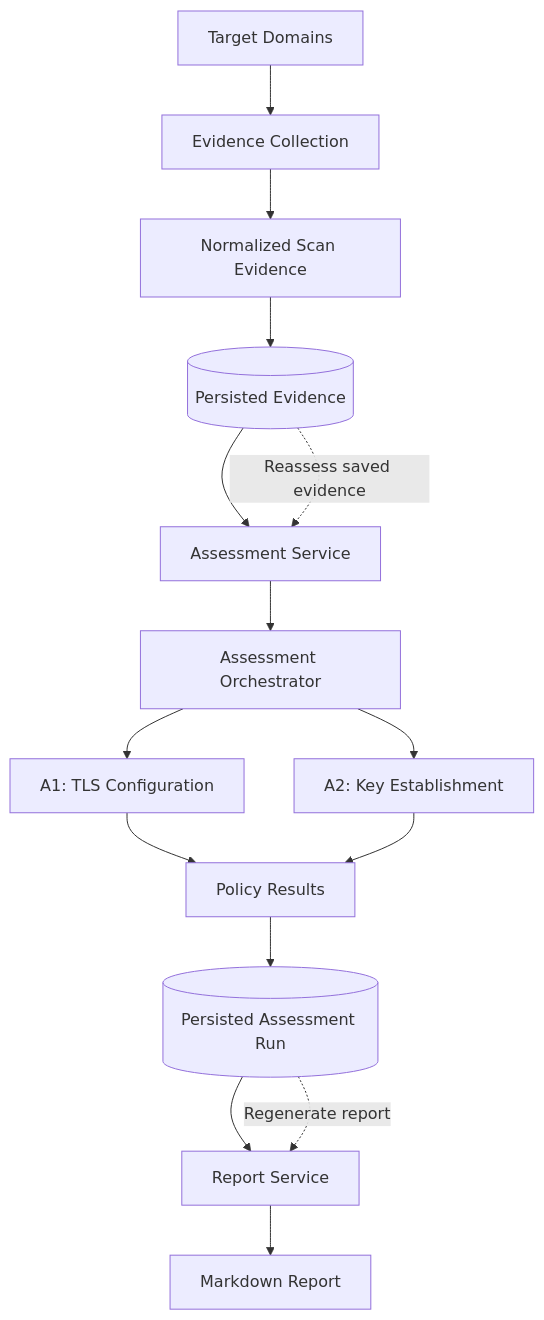
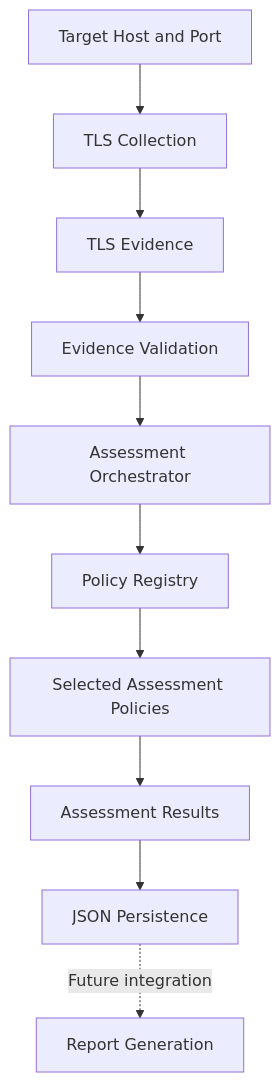
One commit to git-loa/cryptographic-inventory-pqc-risk-assessment changed the second of 3 diagrams in docs/architecture.md. Above: the diagram before and after it, drawn with Mermaid. The commit also changed other lines of this file and 3 other files, not shown here.

Commit message:
docs: update project architecture and methodology

````diff
--- a/docs/architecture.md
+++ b/docs/architecture.md
@@ -108,22 +56,12 @@
 ```mermaid
 flowchart TD
-    A["Target Domains"] --> B["Evidence Collection"]
-    B --> C["Normalized Scan Evidence"]
-    C --> D[("Persisted Evidence")]
-
-    D --> E["Assessment Service"]
-    E --> F["Assessment Orchestrator"]
-
-    F --> G["A1: TLS Configuration"]
-    F --> H["A2: Key Establishment"]
-
-    G --> I["Policy Results"]
-    H --> I
-
-    I --> J[("Persisted Assessment Run")]
-    J --> K["Report Service"]
-    K --> L["Markdown Report"]
-
-    D -. "Reassess saved evidence" .-> E
-    J -. "Regenerate report" .-> K
+    A["Target Host and Port"] --> B["TLS Collection"]
+    B --> C["TLS Evidence"]
+    C --> D["Evidence Validation"]
+    D --> E["Assessment Orchestrator"]
+    E --> F["Policy Registry"]
+    F --> G["Selected Assessment Policies"]
+    G --> H["Assessment Results"]
+    H --> I["JSON Persistence"]
+    I -. "Future integration" .-> J["Report Generation"]
 ```
````
